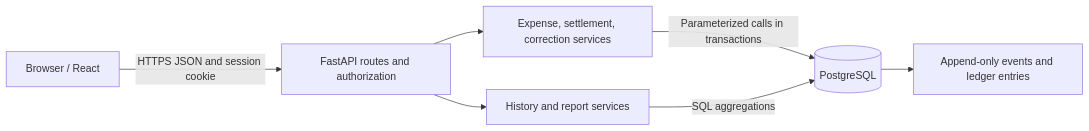
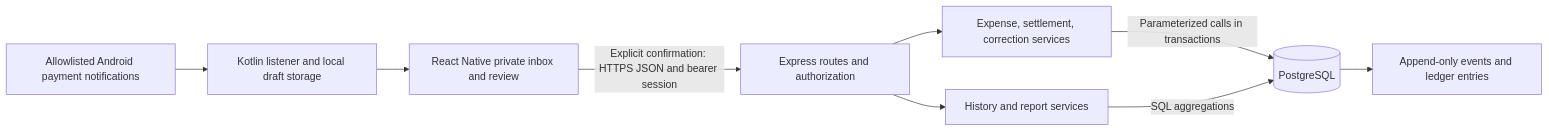
One commit to kanishkaarunkumar/splix changed the first of 2 diagrams in ARCHITECTURE.md. Above: the diagram before and after it, drawn with Mermaid. The commit also changed other lines of this file and 7 other files, not shown here.

````diff
--- a/ARCHITECTURE.md
+++ b/ARCHITECTURE.md
@@ -7,9 +9,11 @@
 ```mermaid
 flowchart LR
-    U[Browser / React] -->|HTTPS JSON and session cookie| A[FastAPI routes and authorization]
+    N[Allowlisted Android payment notifications] --> K[Kotlin listener and local draft storage]
+    K --> U[React Native private inbox and review]
+    U -->|Explicit confirmation: HTTPS JSON and bearer session| A[Express routes and authorization]
     A --> S[Expense, settlement, correction services]
     A --> R[History and report services]
     S -->|Parameterized calls in transactions| D[(PostgreSQL)]
     R -->|SQL aggregations| D
     D --> L[Append-only events and ledger entries]
 ```
````
